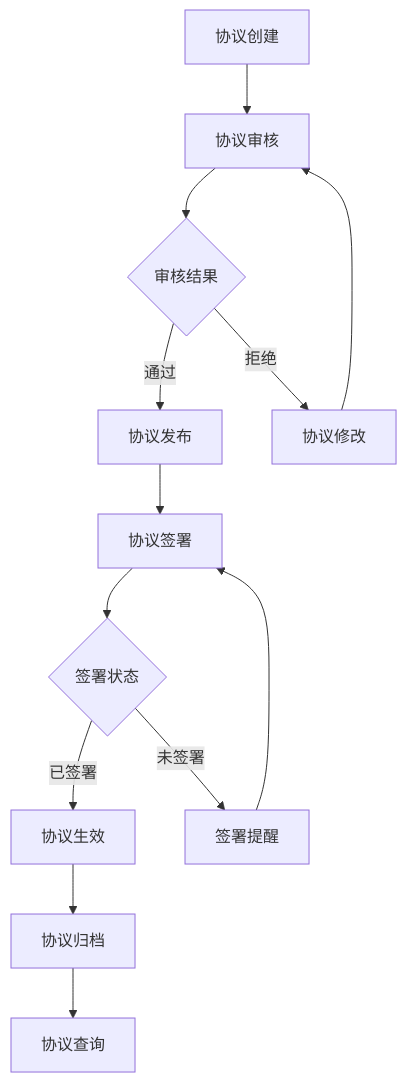
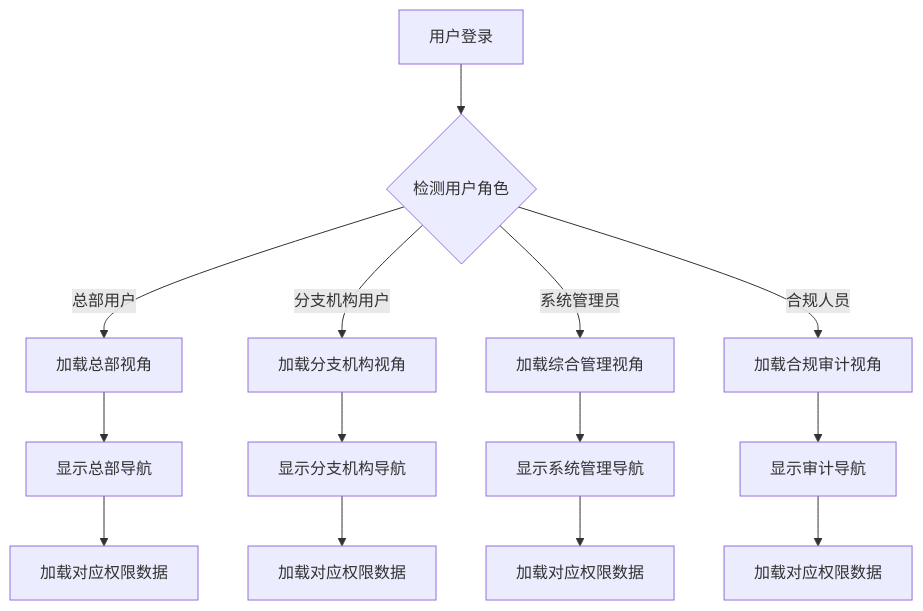
Before and after one commit to chinak/permission_apply: the eighth of 12 diagrams in .qoder/repowiki/zh/content/交易权限申请模块/交易权限申请模块.md, drawn with Mermaid. The commit also changed other lines of this file and 43 other files, not shown here.

````diff
--- a/.qoder/repowiki/zh/content/交易权限申请模块/交易权限申请模块.md
+++ b/.qoder/repowiki/zh/content/交易权限申请模块/交易权限申请模块.md
@@ -377,15 +412,16 @@
 ```mermaid
 flowchart TD
-A[协议创建] --> B[协议审核]
-B --> C{审核结果}
-C --> |通过| D[协议发布]
-C --> |拒绝| E[协议修改]
-E --> B
-D --> F[协议签署]
-F --> G{签署状态}
-G --> |已签署| H[协议生效]
-G --> |未签署| I[签署提醒]
-I --> F
-H --> J[协议归档]
-J --> K[协议查询]
+A[用户登录] --> B{检测用户角色}
+B --> |总部用户| C[加载总部视角]
+B --> |分支机构用户| D[加载分支机构视角]
+B --> |系统管理员| E[加载综合管理视角]
+B --> |合规人员| F[加载合规审计视角]
+C --> G[显示总部导航]
+D --> H[显示分支机构导航]
+E --> I[显示系统管理导航]
+F --> J[显示审计导航]
+G --> K[加载对应权限数据]
+H --> L[加载对应权限数据]
+I --> M[加载对应权限数据]
+J --> N[加载对应权限数据]
 ```
````
